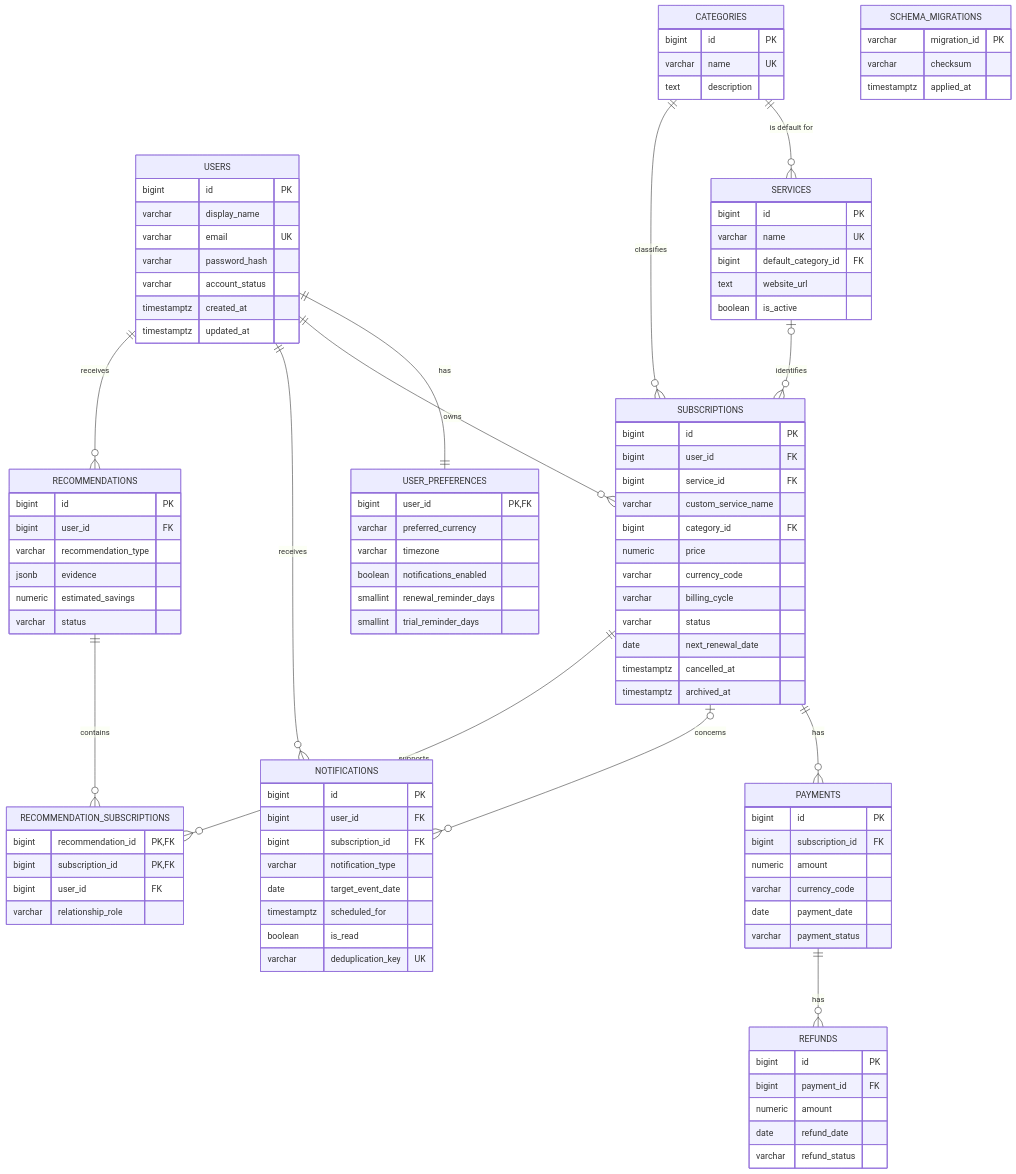
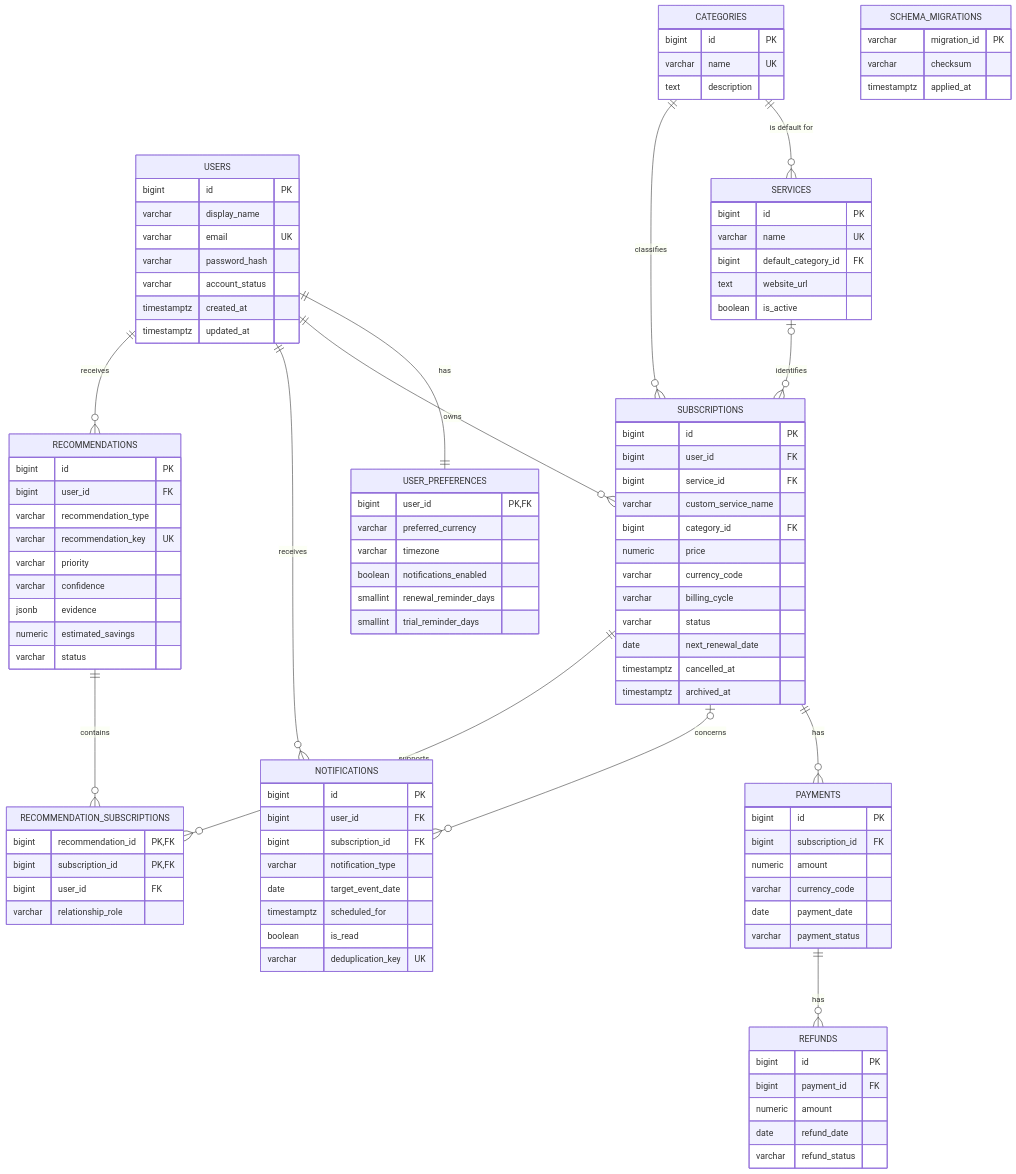
Before and after one commit to Rohanop03/SpendWise-AI: the diagram in docs/ER_DIAGRAM.md, drawn with Mermaid. The commit also changed 30 other files, not shown here.

```diff
--- a/docs/ER_DIAGRAM.md
+++ b/docs/ER_DIAGRAM.md
@@ -97,6 +97,9 @@
     bigint id PK
     bigint user_id FK
     varchar recommendation_type
+    varchar recommendation_key UK
+    varchar priority
+    varchar confidence
     jsonb evidence
     numeric estimated_savings
     varchar status
```
